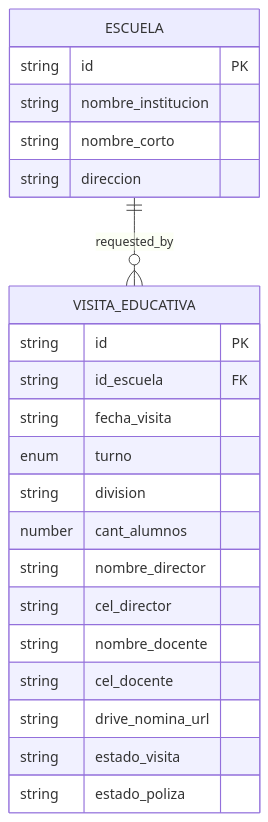
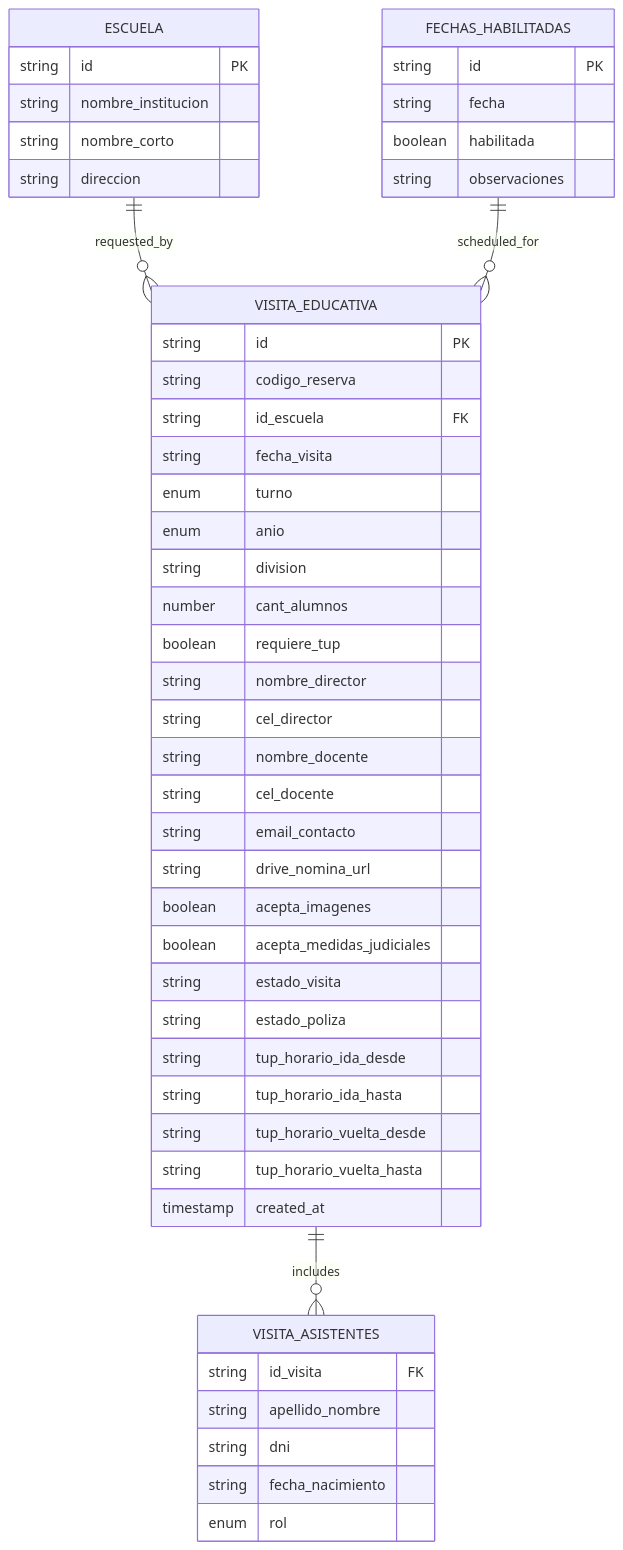
One commit to AgusCatra/simu-twin-web changed the third of 4 diagrams in .qoder/repowiki/en/content/Data Models & Type System.md. Above: the diagram before and after it, drawn with Mermaid. The commit also changed other lines of this file and 4 other files, not shown here.

First line of the commit message:
feat(visitas): mejorar tipos y lógica de negocio con gestión de asistentes y fechas habilitadas

````diff
--- a/.qoder/repowiki/en/content/Data Models & Type System.md
+++ b/.qoder/repowiki/en/content/Data Models & Type System.md
@@ -188,25 +318,51 @@
 ```mermaid
 erDiagram
 ESCUELA {
 string id PK
 string nombre_institucion
 string nombre_corto
 string direccion
 }
+FECHAS_HABILITADAS {
+string id PK
+string fecha
+boolean habilitada
+string observaciones
+}
 VISITA_EDUCATIVA {
 string id PK
+string codigo_reserva
 string id_escuela FK
 string fecha_visita
 enum turno
+enum anio
 string division
 number cant_alumnos
+boolean requiere_tup
 string nombre_director
 string cel_director
 string nombre_docente
 string cel_docente
+string email_contacto
 string drive_nomina_url
+boolean acepta_imagenes
+boolean acepta_medidas_judiciales
 string estado_visita
 string estado_poliza
+string tup_horario_ida_desde
+string tup_horario_ida_hasta
+string tup_horario_vuelta_desde
+string tup_horario_vuelta_hasta
+timestamp created_at
+}
+VISITA_ASISTENTES {
+string id_visita FK
+string apellido_nombre
+string dni
+string fecha_nacimiento
+enum rol
 }
 ESCUELA ||--o{ VISITA_EDUCATIVA : "requested_by"
+FECHAS_HABILITADAS ||--o{ VISITA_EDUCATIVA : "scheduled_for"
+VISITA_EDUCATIVA ||--o{ VISITA_ASISTENTES : "includes"
 ```
````
